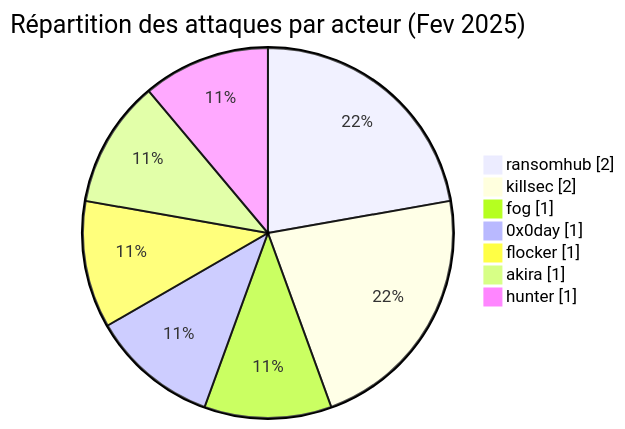
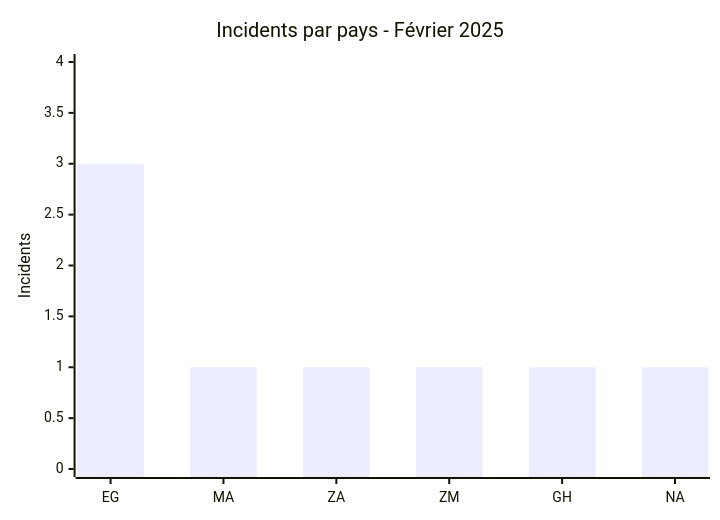
The second of 7 diagrams in CyberAttackAfrica/2025/02-february/README_FR.md (Hatchepsoute/AFRINTEL), drawn with Mermaid before and after one commit. The commit also changed other lines of this file and 7 other files, not shown here.

````diff
--- a/CyberAttackAfrica/2025/02-february/README_FR.md
+++ b/CyberAttackAfrica/2025/02-february/README_FR.md
@@ -36,11 +83,7 @@
 ```mermaid
-pie showData
-    title Répartition des attaques par acteur (Fev 2025)
-    "ransomhub" : 2
-    "killsec" : 2
-    "fog" : 1
-    "0x0day" : 1
-    "flocker" : 1
-    "akira" : 1
-    "hunter" : 1
+xychart-beta
+    title "Incidents par pays - Février 2025"
+    x-axis ["EG", "MA", "ZA", "ZM", "GH", "NA"]
+    y-axis "Incidents" 0 --> 4
+    bar [3, 1, 1, 1, 1, 1]
 ```
````
